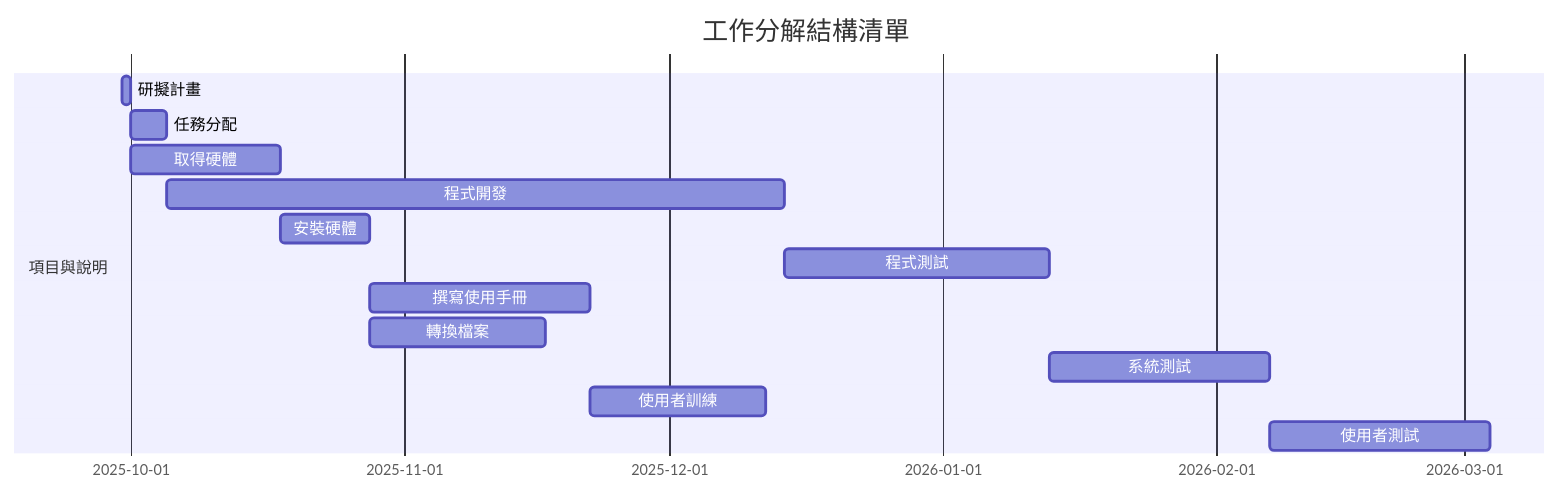
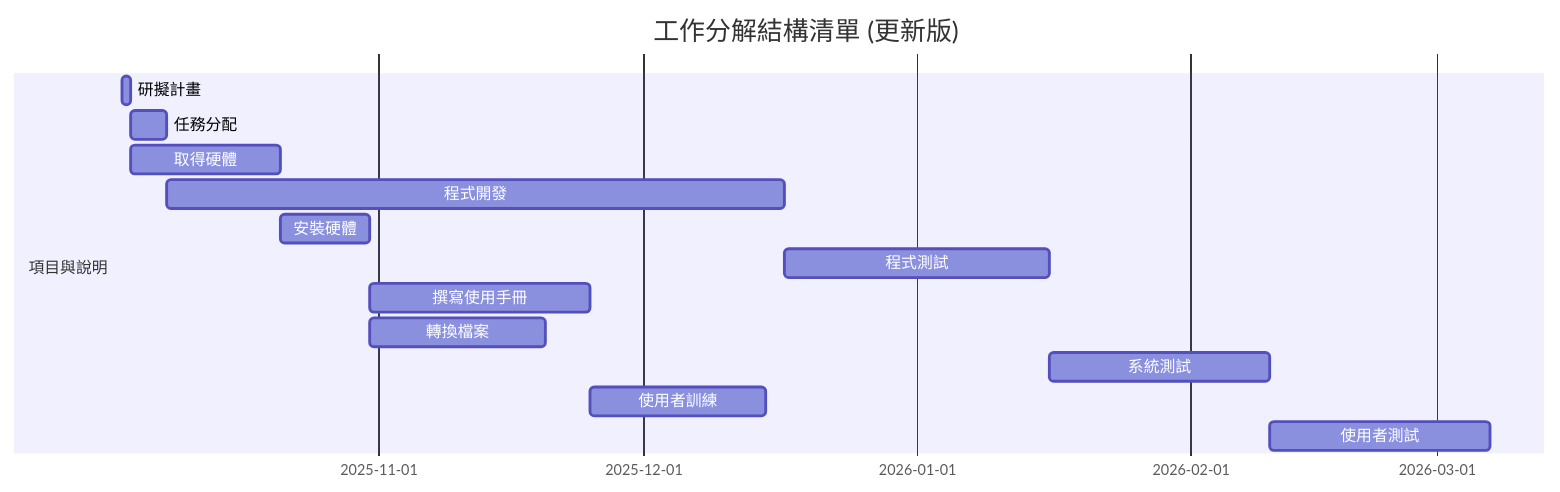
One commit to c112196121/StanleyTao changed the diagram in hw2.md. Above: the diagram before and after it, drawn with Mermaid. The commit also changed other lines of this file, not shown here.

````diff
--- a/hw2.md
+++ b/hw2.md
@@ -8,17 +7,17 @@
 ```mermaid
 gantt
-    title 工作分解結構清單
+    title 工作分解結構清單 (更新版)
     dateFormat  YYYY-MM-DD
     section 項目與說明
-    研擬計畫         :a1, 2025-09-30, 1d
-    任務分配         :a2, after a1, 4d
-    取得硬體         :a3, after a1, 17d
-    程式開發         :a4, after a2, 70d
-    安裝硬體         :a5, after a3, 10d
-    程式測試         :a6, after a4, 30d
-    撰寫使用手冊     :a7, after a5, 25d
-    轉換檔案         :a8, after a5, 20d
-    系統測試         :a9, after a6, 25d
-    使用者訓練       :a10, after a7 a8, 20d
-    使用者測試       :a11, after a9 a10, 25d
+    研擬計畫           :a1, 2025-10-03, 1d
+    任務分配           :a2, after a1, 4d
+    取得硬體           :a3, after a1, 17d
+    程式開發           :a4, after a2, 70d
+    安裝硬體           :a5, after a3, 10d
+    程式測試           :a6, after a4, 30d
+    撰寫使用手冊       :a7, after a5, 25d
+    轉換檔案           :a8, after a5, 20d
+    系統測試           :a9, after a6, 25d
+    使用者訓練         :a10, after a7 a8, 20d
+    使用者測試         :a11, after a9 a10, 25d
 ```
````
